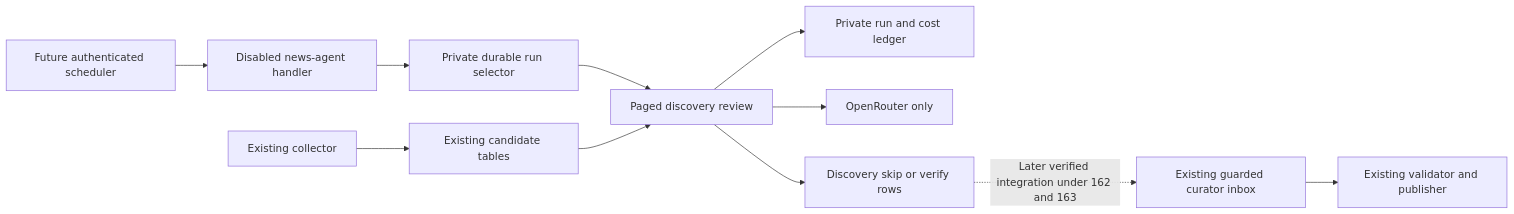
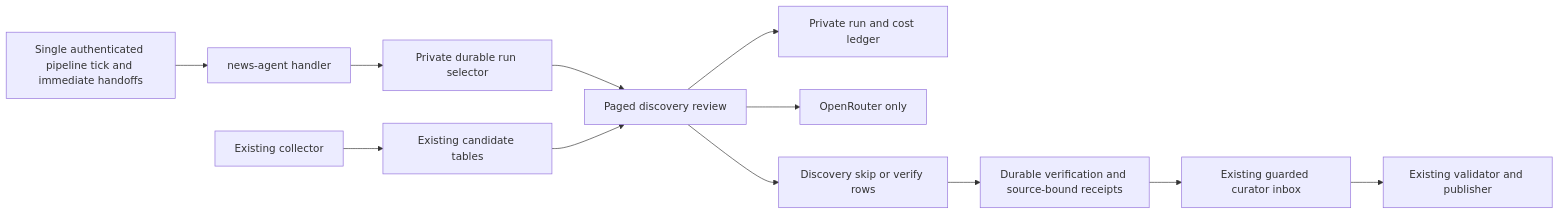
The diagram in docs/warpcore-agent-producer.md (itomek/itomek-news-digest-agent), drawn with Mermaid before and after one commit. The commit also changed other lines of this file and 37 other files, not shown here.

````diff
--- a/docs/warpcore-agent-producer.md
+++ b/docs/warpcore-agent-producer.md
@@ -20,13 +15,14 @@
 ```mermaid
 flowchart LR
-  Cron[Future authenticated scheduler] --> Handler[Disabled news-agent handler]
+  Cron[Single authenticated pipeline tick and immediate handoffs] --> Handler[news-agent handler]
   Handler --> Selector[Private durable run selector]
   Selector --> Runtime[Paged discovery review]
   Collector[Existing collector] --> Candidates[Existing candidate tables]
   Candidates --> Runtime
   Runtime --> Ledger[Private run and cost ledger]
   Runtime --> Router[OpenRouter only]
   Runtime --> Decisions[Discovery skip or verify rows]
-  Decisions -. Later verified integration under 162 and 163 .-> Inbox[Existing guarded curator inbox]
+  Decisions --> Verify[Durable verification and source-bound receipts]
+  Verify --> Inbox[Existing guarded curator inbox]
   Inbox --> Publisher[Existing validator and publisher]
 ```
````
